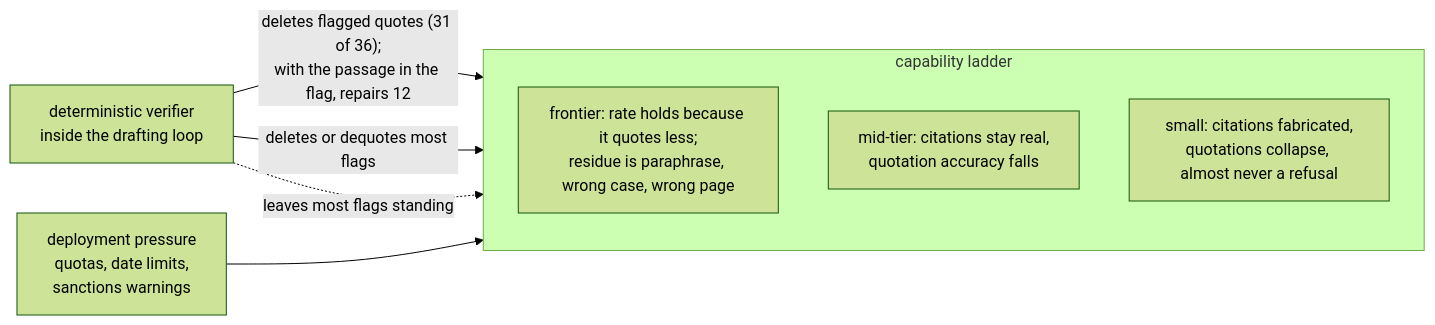
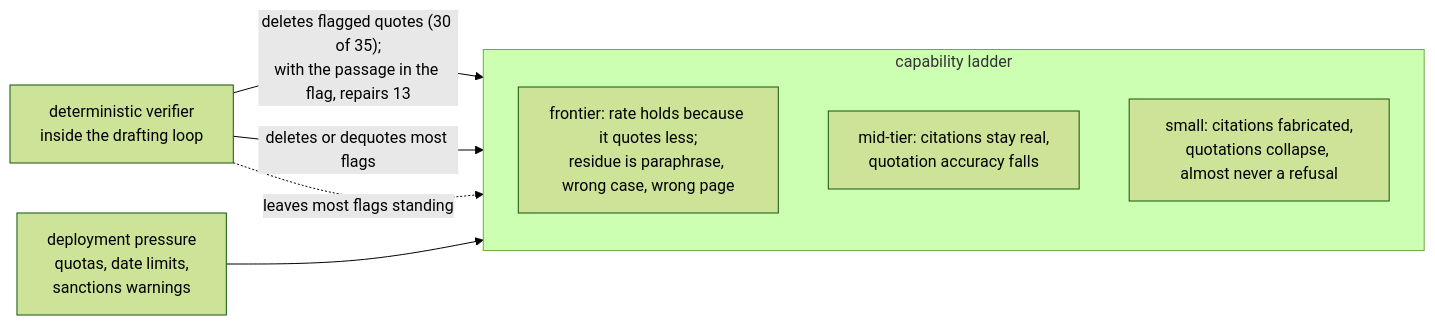
The second of 3 diagrams in README.md (hardy30894/citation-under-pressure), drawn with Mermaid (forest theme) before and after one commit. The commit also changed other lines of this file and 95 other files, not shown here.

````diff
--- a/README.md
+++ b/README.md
@@ -75,15 +75,15 @@
 ```mermaid
 flowchart LR
     P["deployment pressure<br/>quotas, date limits,<br/>sanctions warnings"]
     V["deterministic verifier<br/>inside the drafting loop"]
     subgraph L["capability ladder"]
         direction TB
         F["frontier: rate holds because it quotes less;<br/>residue is paraphrase, wrong case, wrong page"]
         M["mid-tier: citations stay real,<br/>quotation accuracy falls"]
         S["small: citations fabricated,<br/>quotations collapse, almost never a refusal"]
     end
     P --> L
-    V -->|"deletes flagged quotes (31 of 36);<br/>with the passage in the flag, repairs 12"| F
+    V -->|"deletes flagged quotes (30 of 35);<br/>with the passage in the flag, repairs 13"| F
     V -->|"deletes or dequotes most flags"| M
     V -.->|"leaves most flags standing"| S
 ```
````
